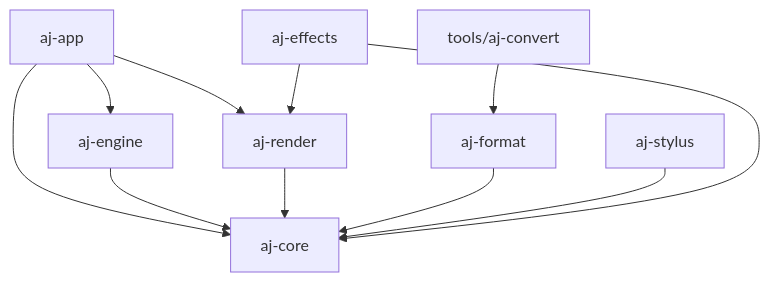
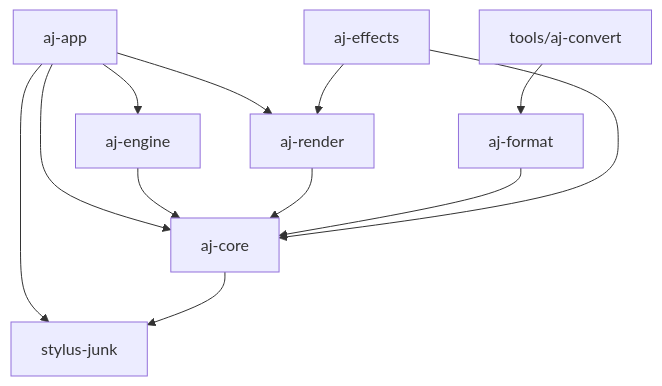
Before and after one commit to AberrantWolf/art-junk: the diagram in architecture/crates.md, drawn with Mermaid. The commit also changed other lines of this file and 44 other files, not shown here.

````diff
--- a/architecture/crates.md
+++ b/architecture/crates.md
@@ -3,13 +3,14 @@
 ```mermaid
 graph TD
   app[aj-app] --> engine[aj-engine]
   app --> render[aj-render]
   app --> core[aj-core]
+  app --> stylus[stylus-junk]
   engine --> core
   render --> core
   format[aj-format] --> core
-  stylus[aj-stylus] --> core
+  core --> stylus
   effects[aj-effects] --> core
   effects --> render
   convert["tools/aj-convert"] --> format
 ```
````
